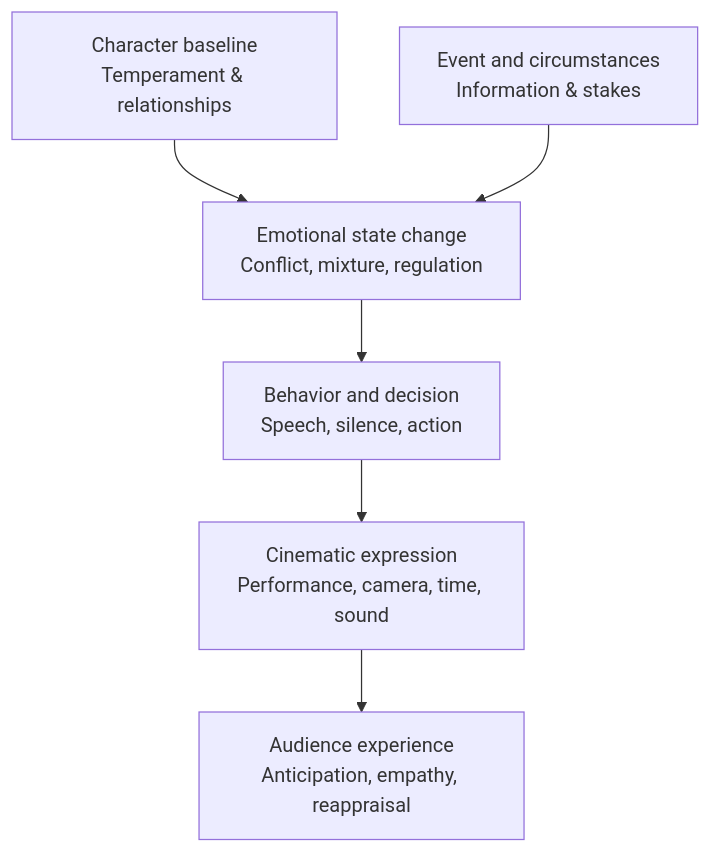
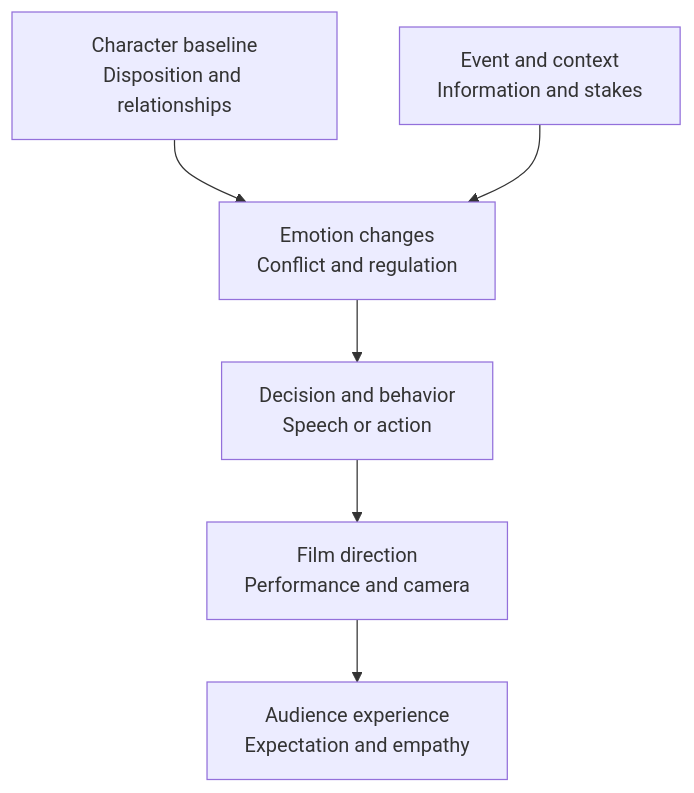
The first of 2 diagrams in README.md (xinsen854/AI-Film-Director), drawn with Mermaid before and after one commit. The commit also changed other lines of this file and 9 other files, not shown here.

Commit message:
docs: separate Chinese and English editions and add emotion-led cinematic artwork

````diff
--- a/README.md
+++ b/README.md
@@ -30,14 +30,14 @@
 ```mermaid
 flowchart TD
-    A["Character baseline<br/>Temperament & relationships"]
-    B["Event and circumstances<br/>Information & stakes"]
-    C["Emotional state change<br/>Conflict, mixture, regulation"]
-    D["Behavior and decision<br/>Speech, silence, action"]
-    E["Cinematic expression<br/>Performance, camera, time, sound"]
-    F["Audience experience<br/>Anticipation, empathy, reappraisal"]
+    A["Character baseline<br/>Disposition and relationships"]
+    B["Event and context<br/>Information and stakes"]
+    C["Emotion changes<br/>Conflict and regulation"]
+    D["Decision and behavior<br/>Speech or action"]
+    E["Film direction<br/>Performance and camera"]
+    F["Audience experience<br/>Expectation and empathy"]
     A --> C
     B --> C
     C --> D
     D --> E
     E --> F
 ```
````
